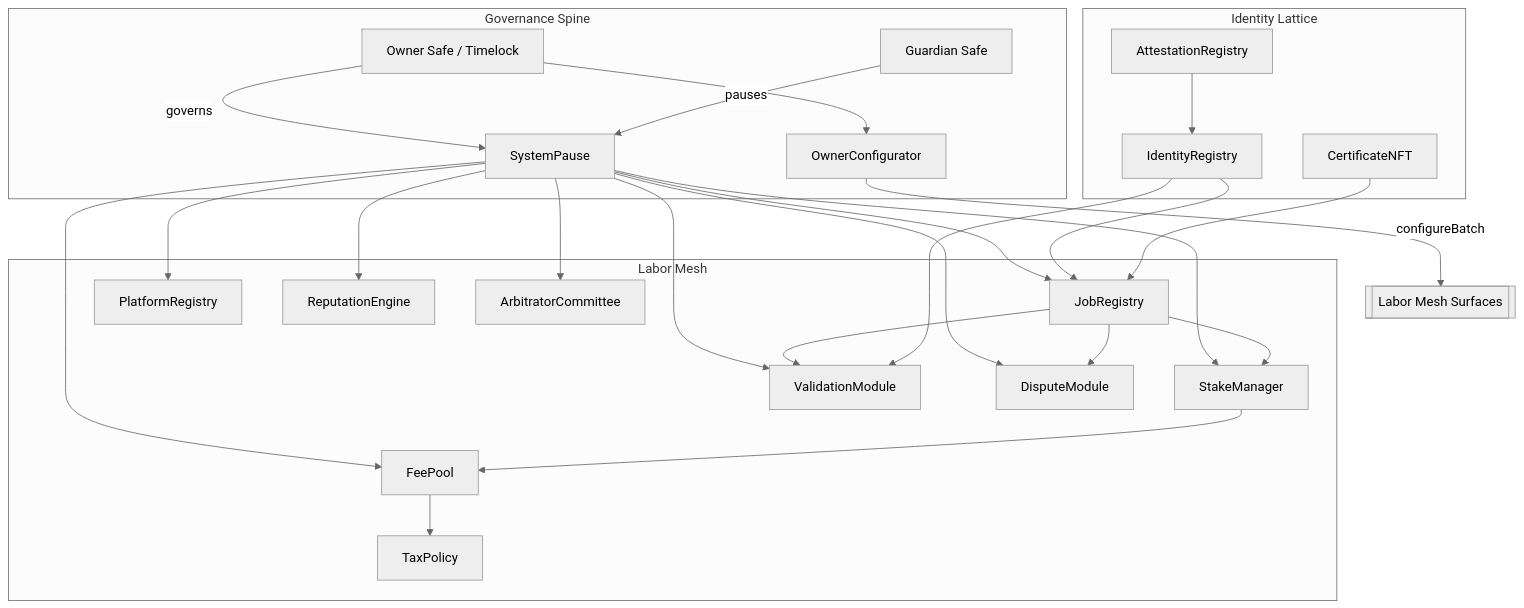
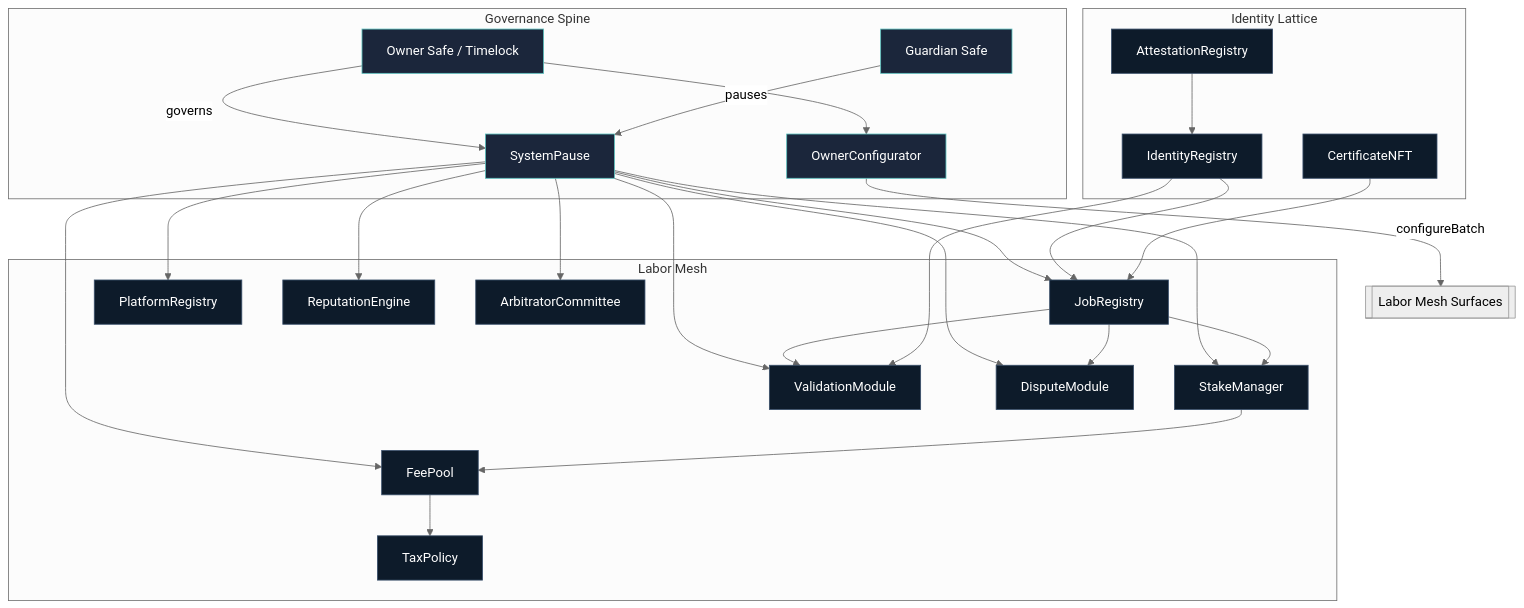
The first of 5 diagrams in README.md (MontrealAI/agijobs-sovereign-labor-v0p1), drawn with Mermaid (neutral theme) before and after one commit. The commit also changed other lines of this file and 3 other files, not shown here.

````diff
--- a/README.md
+++ b/README.md
@@ -35,40 +39,45 @@
 ```mermaid
 flowchart TB
     subgraph Governance Spine
         owner[Owner Safe / Timelock]
         guardian[Guardian Safe]
         configurator[OwnerConfigurator]
         pause[SystemPause]
     end
     subgraph Labor Mesh
         job[JobRegistry]
         stake[StakeManager]
         validate[ValidationModule]
         dispute[DisputeModule]
         platform[PlatformRegistry]
         fee[FeePool]
         rep[ReputationEngine]
         arb[ArbitratorCommittee]
         tax[TaxPolicy]
     end
     subgraph Identity Lattice
         id[IdentityRegistry]
         att[AttestationRegistry]
         cert[CertificateNFT]
     end
 
     owner -->|governs| pause
     guardian -->|pauses| pause
     owner --> configurator
     configurator -->|configureBatch| laborMesh[[Labor Mesh Surfaces]]
     pause --> job & stake & validate & dispute & platform & fee & rep & arb
     job --> stake
     job --> validate
     job --> dispute
     stake --> fee
     fee --> tax
     id --> validate
     id --> job
     att --> id
     cert --> job
+
+    classDef core fill:#0d1b2a,stroke:#3a506b,color:#fff;
+    classDef gov fill:#1b263b,stroke:#5bc0be,color:#fff;
+    class owner,guardian,configurator,pause gov;
+    class job,stake,validate,dispute,platform,fee,rep,arb,tax,id,att,cert core;
 ```
````
